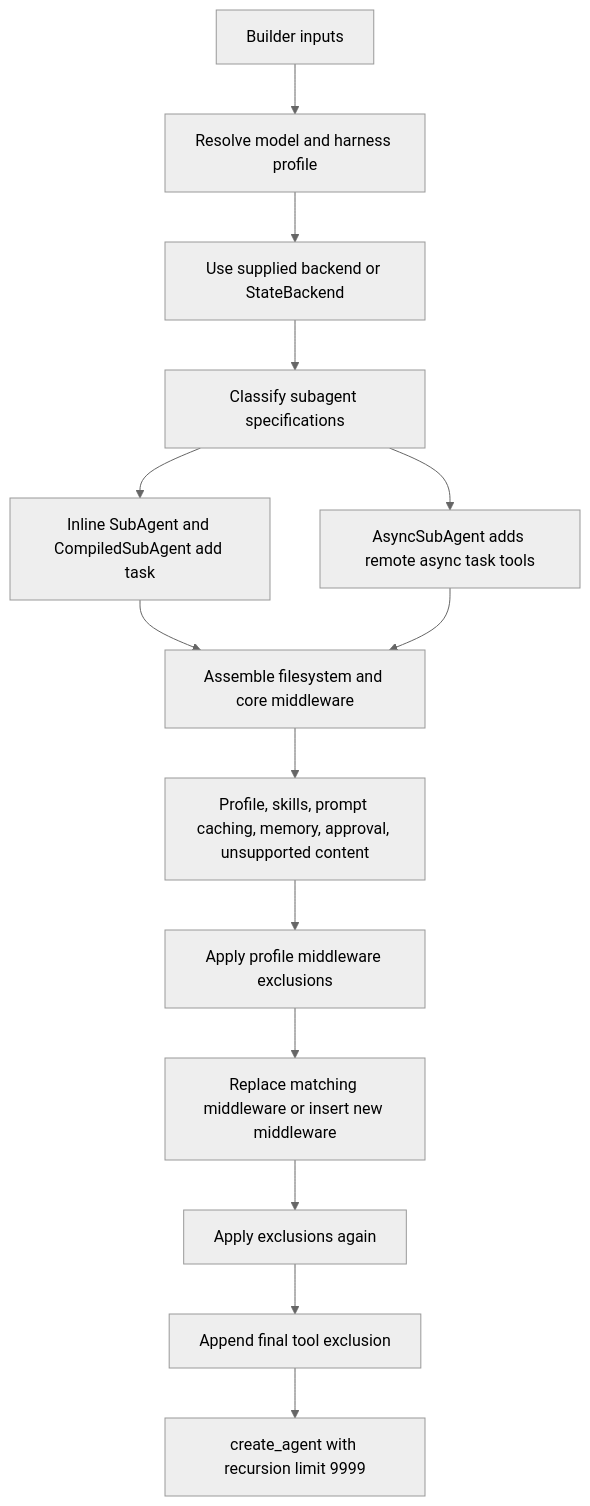
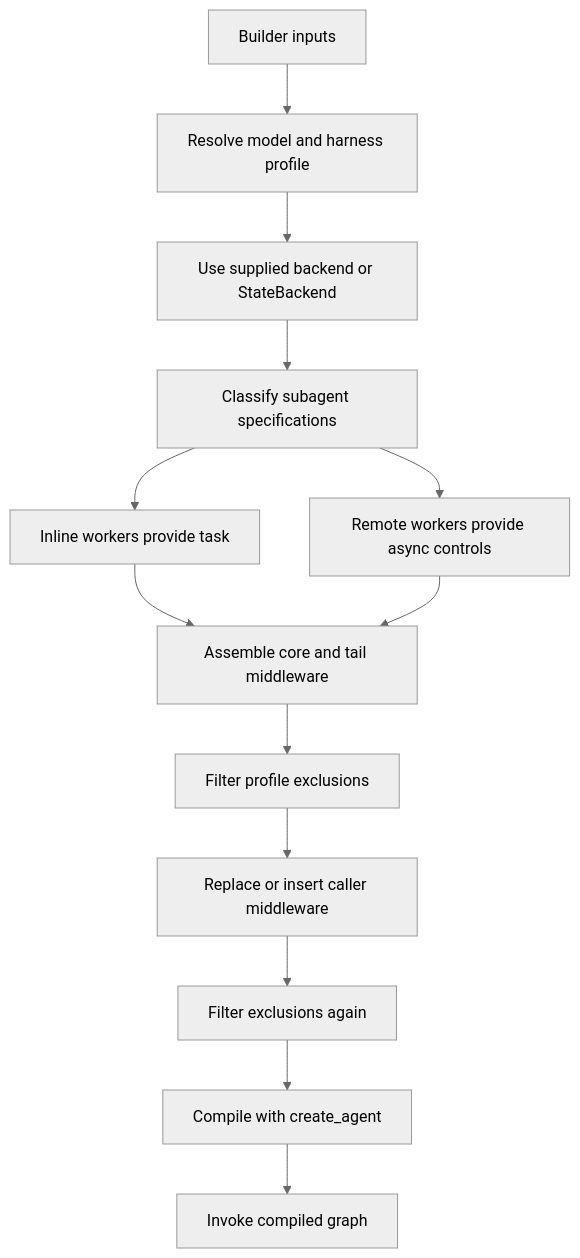
Before and after one commit to langchain-ai/deepagents: the diagram in openwiki/workflows/build-a-deep-agent.md, drawn with Mermaid (neutral theme). The commit also changed other lines of this file and 63 other files, not shown here.

````diff
--- a/openwiki/workflows/build-a-deep-agent.md
+++ b/openwiki/workflows/build-a-deep-agent.md
@@ -60,16 +66,15 @@
 ```mermaid
 flowchart TD
     Input["Builder inputs"] --> Resolve["Resolve model and harness profile"]
     Resolve --> Backend["Use supplied backend or StateBackend"]
-    Backend --> Agents["Classify subagent specifications"]
-    Agents --> Sync["Inline SubAgent and CompiledSubAgent add task"]
-    Agents --> Remote["AsyncSubAgent adds remote async task tools"]
-    Sync --> Core["Assemble filesystem and core middleware"]
-    Remote --> Core
-    Core --> Tail["Profile, skills, prompt caching, memory, approval, unsupported content"]
-    Tail --> FirstFilter["Apply profile middleware exclusions"]
-    FirstFilter --> Custom["Replace matching middleware or insert new middleware"]
-    Custom --> SecondFilter["Apply exclusions again"]
-    SecondFilter --> ToolFilter["Append final tool exclusion"]
-    ToolFilter --> Compile["create_agent with recursion limit 9999"]
+    Backend --> Classify["Classify subagent specifications"]
+    Classify --> Sync["Inline workers provide task"]
+    Classify --> Remote["Remote workers provide async controls"]
+    Sync --> Assemble["Assemble core and tail middleware"]
+    Remote --> Assemble
+    Assemble --> Filter["Filter profile exclusions"]
+    Filter --> Merge["Replace or insert caller middleware"]
+    Merge --> Refilter["Filter exclusions again"]
+    Refilter --> Compile["Compile with create_agent"]
+    Compile --> Invoke["Invoke compiled graph"]
 ```
````
